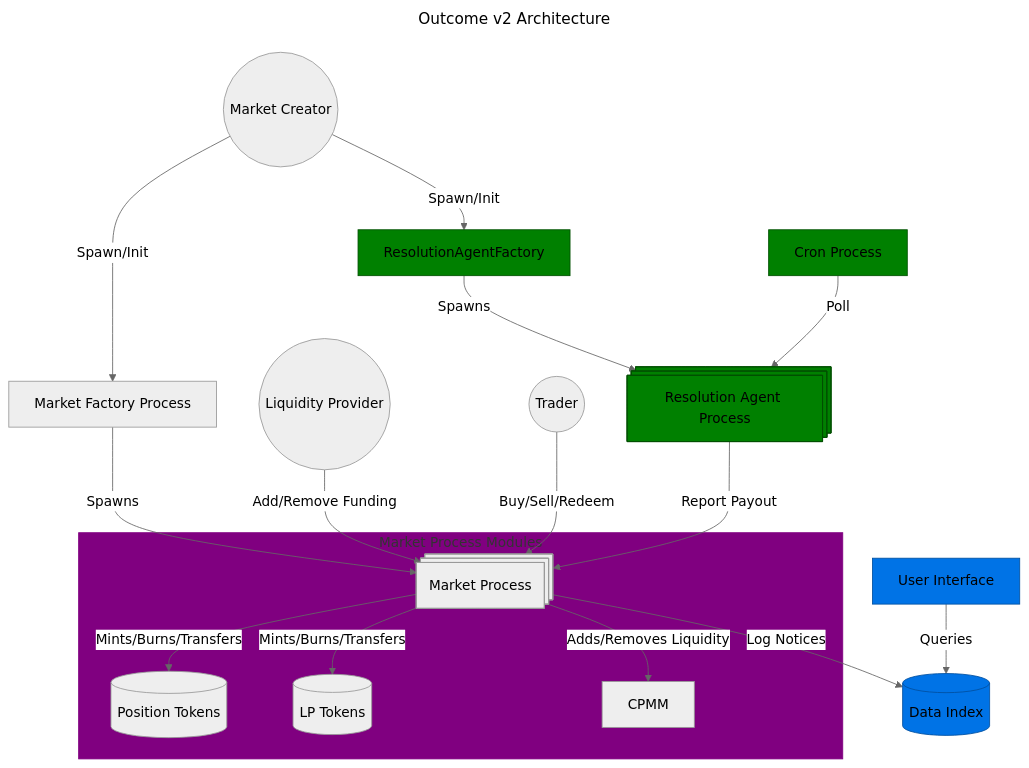
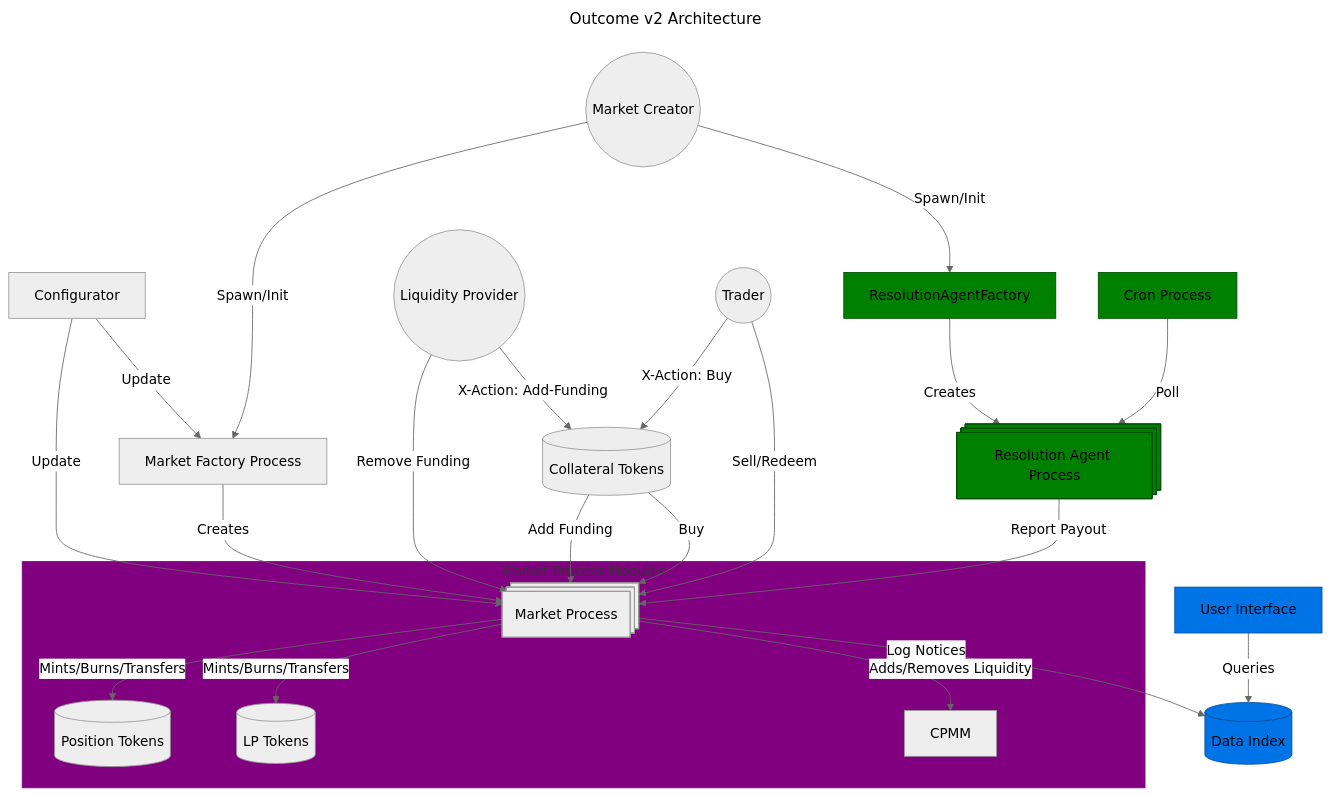
The diagram in docs/architecture.md (outcome-gg/outcome-protocol), drawn with Mermaid (neutral theme) before and after one commit. The commit also changed 1 other file, not shown here.

Commit message:
docs: architecture updated to include configurator and collateral tokens

````diff
--- a/docs/architecture.md
+++ b/docs/architecture.md
@@ -1,47 +1,56 @@
 ```mermaid
 ---
 title: Outcome v2 Architecture 
 description: |
   🟣 Core Processes (Market Process & Modules)
   🔵 UI Components (User Interface & Data Index)
   🟢 Autonomous Resolution Processes (Resolution Agent, Resolution Agent Factory, Cron)
 ---
 
 graph TD
+  %% Configurator 
+  Configurator[Configurator] --> |Update| Market
+  Configurator[Configurator] --> |Update| MarketFactory
+
   %% Market Creator -> Market Factory -> Market
   MarketCreator((Market Creator)) -->|Spawn/Init| MarketFactory[Market Factory Process]
-  MarketFactory -->|Spawns| Market@{ shape: procs, label: "Market Process"}
+  MarketFactory -->|Creates| Market@{ shape: procs, label: "Market Process"}
 
   %% Market Creator -> Resolution Agent Factory -> Resolution Agent
   MarketCreator -->|Spawn/Init| ResolutionAgentFactory
-  ResolutionAgentFactory -->|Spawns| ResolutionAgent@{ shape: procs, label: "Market Process"}
+  ResolutionAgentFactory -->|Creates| ResolutionAgent@{ shape: procs, label: "Market Process"}
 
   %% Liqudity Provider -> Market
-  LiquidityProvider((Liquidity Provider)) -->|Add/Remove Funding| Market
+  LiquidityProvider((Liquidity Provider)) -->|Remove Funding| Market
+  LiquidityProvider((Liquidity Provider)) -->|X-Action: Add-Funding| CollateralTokens[(Collateral Tokens)]
+  CollateralTokens -->|Add Funding| Market
 
   %% Trader-> Market
-  Trader((Trader))  -->|Buy/Sell/Redeem| Market
+  Trader((Trader))  -->|X-Action: Buy| CollateralTokens
+  CollateralTokens -->|Buy| Market
+  Trader((Trader))  -->|Sell/Redeem| Market
+
 
   %% Define Market Process Modules
   subgraph MarketSubgraph[Market Process Modules]
     Market --> |Mints/Burns/Transfers| PositionTokens[(Position Tokens)]
     Market -->|Mints/Burns/Transfers| LpTokens[(LP Tokens)]
     Market -->|Adds/Removes Liquidity| CPMM[CPMM]
   end
 
   %% Resolution
   ResolutionAgent@{ shape: procs, label: "Resolution Agent Process"} -->|Report Payout| Market
   Cron[Cron Process] --> |Poll| ResolutionAgent
 
   %% Data Indexing
   Client[User Interface] -->|Queries| DataIndex
   Market -->|Log Notices| DataIndex[(Data Index)]
 
   %% Styling
   style MarketSubgraph fill:#800080,stroke:#800080,stroke-width:2px %% Purple
   style ResolutionAgentFactory fill:#008000,stroke:#005000,stroke-width:2px  %% Green
   style ResolutionAgent fill:#008000,stroke:#005000,stroke-width:2px  %% Green
   style Cron fill:#008000,stroke:#005000,stroke-width:2px  %% Green
   style Client fill:#0073E6,stroke:#0050A0,stroke-width:2px  %% Blue
   style DataIndex fill:#0073E6,stroke:#0050A0,stroke-width:2px  %% Blue
 ```
````
